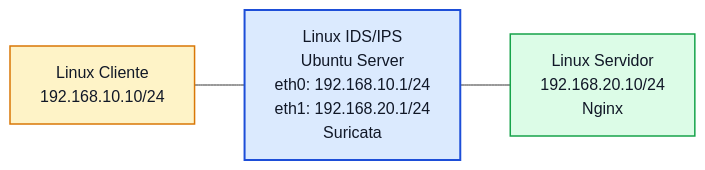
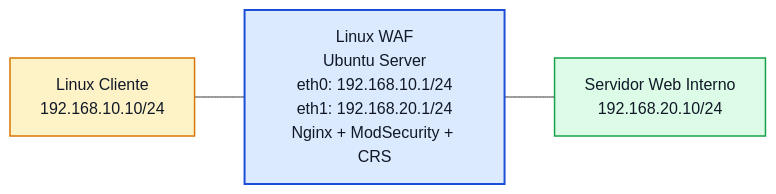
One commit to oficialvzi/PTR changed the diagram in labs/lab12.md. Above: the diagram before and after it, drawn with Mermaid. The commit also changed other lines of this file and 6 other files, not shown here.

````diff
--- a/labs/lab12.md
+++ b/labs/lab12.md
@@ -68,16 +96,17 @@
 ```mermaid
 flowchart LR
     CLIENT["Linux Cliente<br/>192.168.10.10/24"]
-    IDS["Linux IDS/IPS<br/>Ubuntu Server<br/>eth0: 192.168.10.1/24<br/>eth1: 192.168.20.1/24<br/>Suricata"]
-    SERVER["Linux Servidor<br/>192.168.20.10/24<br/>Nginx"]
-    CLIENT --- IDS
-    IDS --- SERVER
+    WAF["Linux WAF<br/>Ubuntu Server<br/>eth0: 192.168.10.1/24<br/>eth1: 192.168.20.1/24<br/>Nginx + ModSecurity + CRS"]
+    WEB["Servidor Web Interno<br/>192.168.20.10/24"]
+
+    CLIENT --- WAF
+    WAF --- WEB
 
     classDef host fill:#fef3c7,stroke:#d97706,color:#111827,stroke-width:1.5px;
-    classDef ids fill:#dbeafe,stroke:#1d4ed8,color:#111827,stroke-width:2px;
-    classDef srv fill:#dcfce7,stroke:#16a34a,color:#111827,stroke-width:1.5px;
+    classDef waf fill:#dbeafe,stroke:#1d4ed8,color:#111827,stroke-width:2px;
+    classDef web fill:#dcfce7,stroke:#16a34a,color:#111827,stroke-width:1.5px;
 
     class CLIENT host;
-    class IDS ids;
-    class SERVER srv;
+    class WAF waf;
+    class WEB web;
 ```
````
